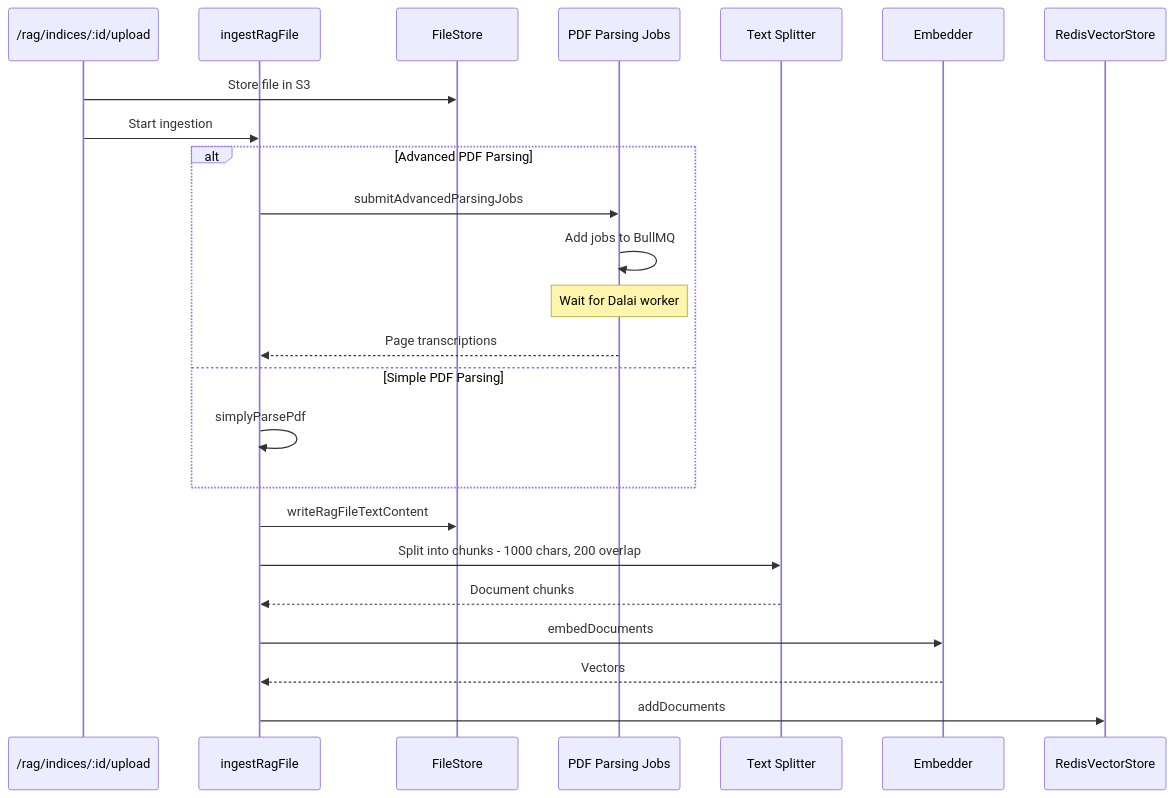
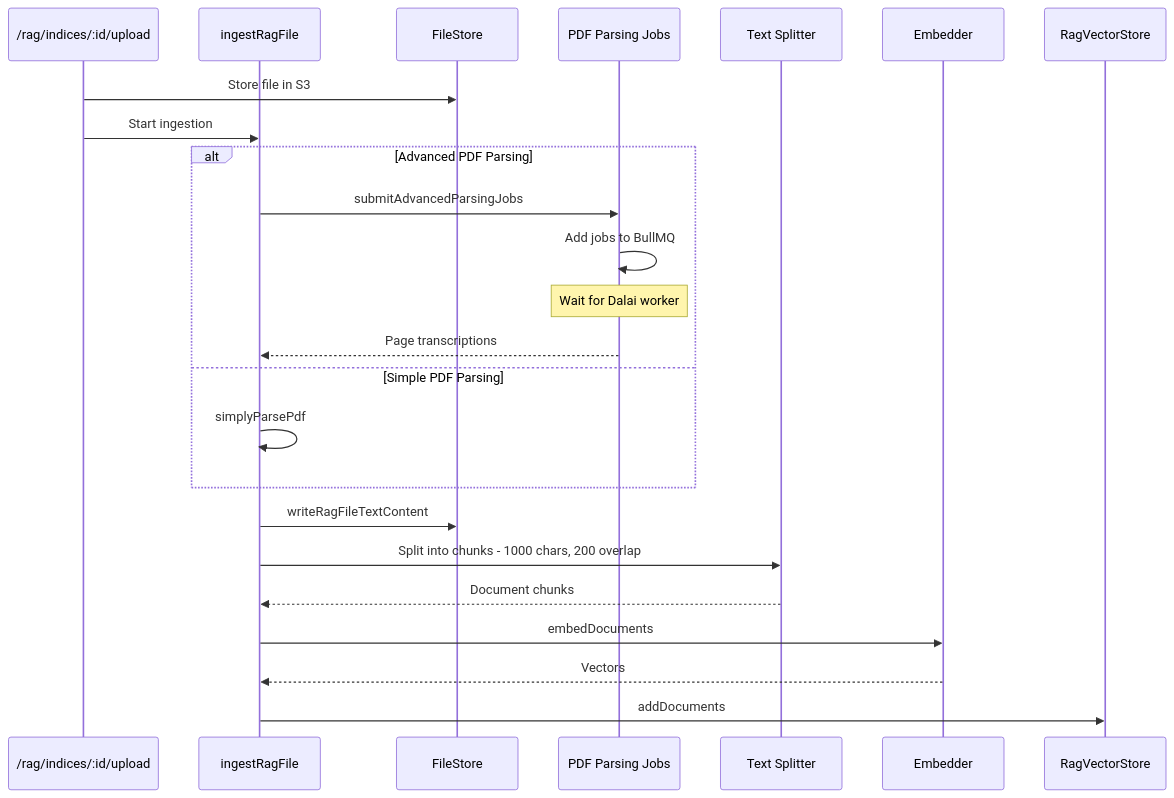
The sixth of 12 diagrams in documentation/system-architecture.md (UniversityOfHelsinkiCS/gptwrapper), drawn with Mermaid before and after one commit. The commit also changed other lines of this file and 1 other file, not shown here.

Commit message:
update rag documentation

````diff
--- a/documentation/system-architecture.md
+++ b/documentation/system-architecture.md
@@ -150,29 +144,29 @@
 ```mermaid
 sequenceDiagram
     participant Upload as /rag/indices/:id/upload
     participant Ingestion as ingestRagFile
     participant FileStore as FileStore
     participant PDFJob as PDF Parsing Jobs
     participant Splitter as Text Splitter
     participant Embedder as Embedder
-    participant VectorStore as RedisVectorStore
+    participant VectorStore as RagVectorStore
 
     Upload->>FileStore: Store file in S3
     Upload->>Ingestion: Start ingestion
 
     alt Advanced PDF Parsing
         Ingestion->>PDFJob: submitAdvancedParsingJobs
         PDFJob->>PDFJob: Add jobs to BullMQ
         Note over PDFJob: Wait for Dalai worker
         PDFJob-->>Ingestion: Page transcriptions
     else Simple PDF Parsing
         Ingestion->>Ingestion: simplyParsePdf
     end
 
     Ingestion->>FileStore: writeRagFileTextContent
     Ingestion->>Splitter: Split into chunks - 1000 chars, 200 overlap
     Splitter-->>Ingestion: Document chunks
     Ingestion->>Embedder: embedDocuments
     Embedder-->>Ingestion: Vectors
     Ingestion->>VectorStore: addDocuments
 ```
````
